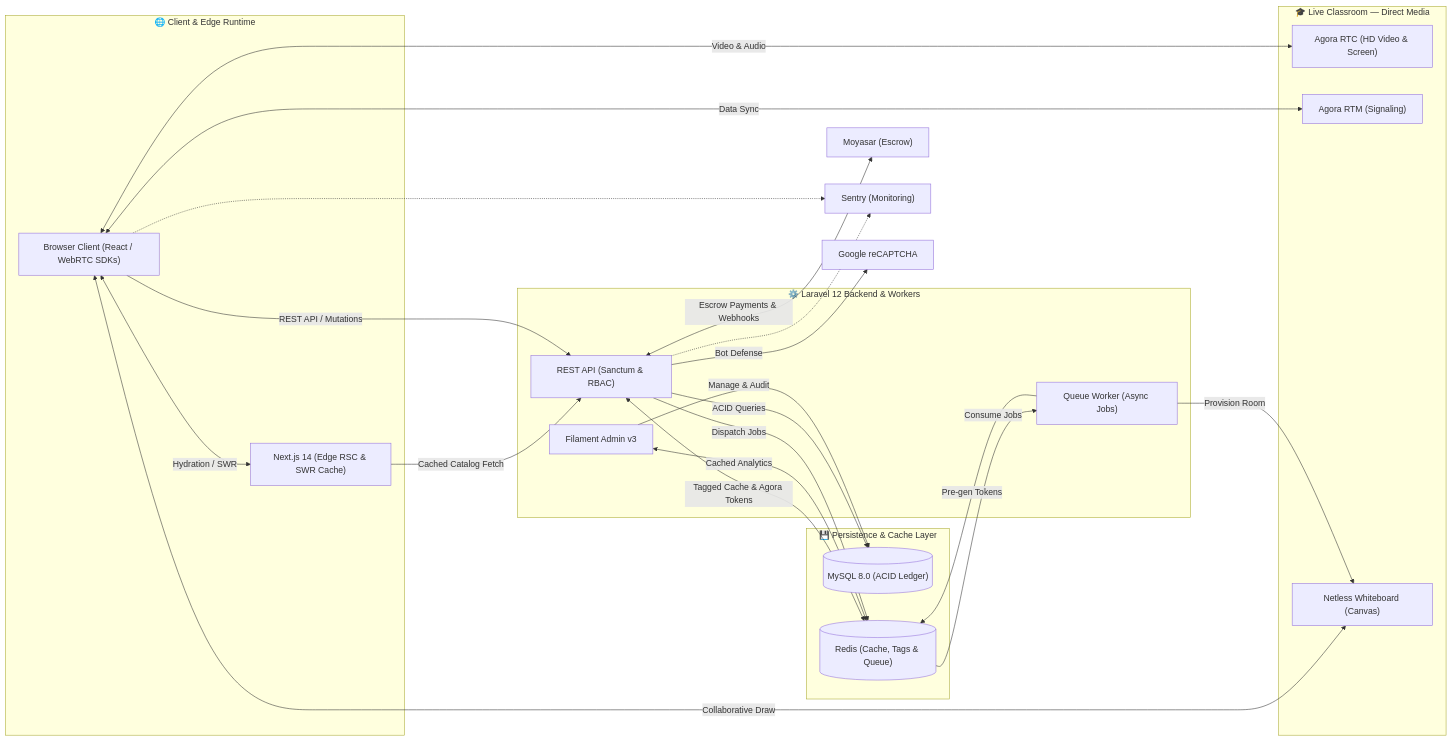
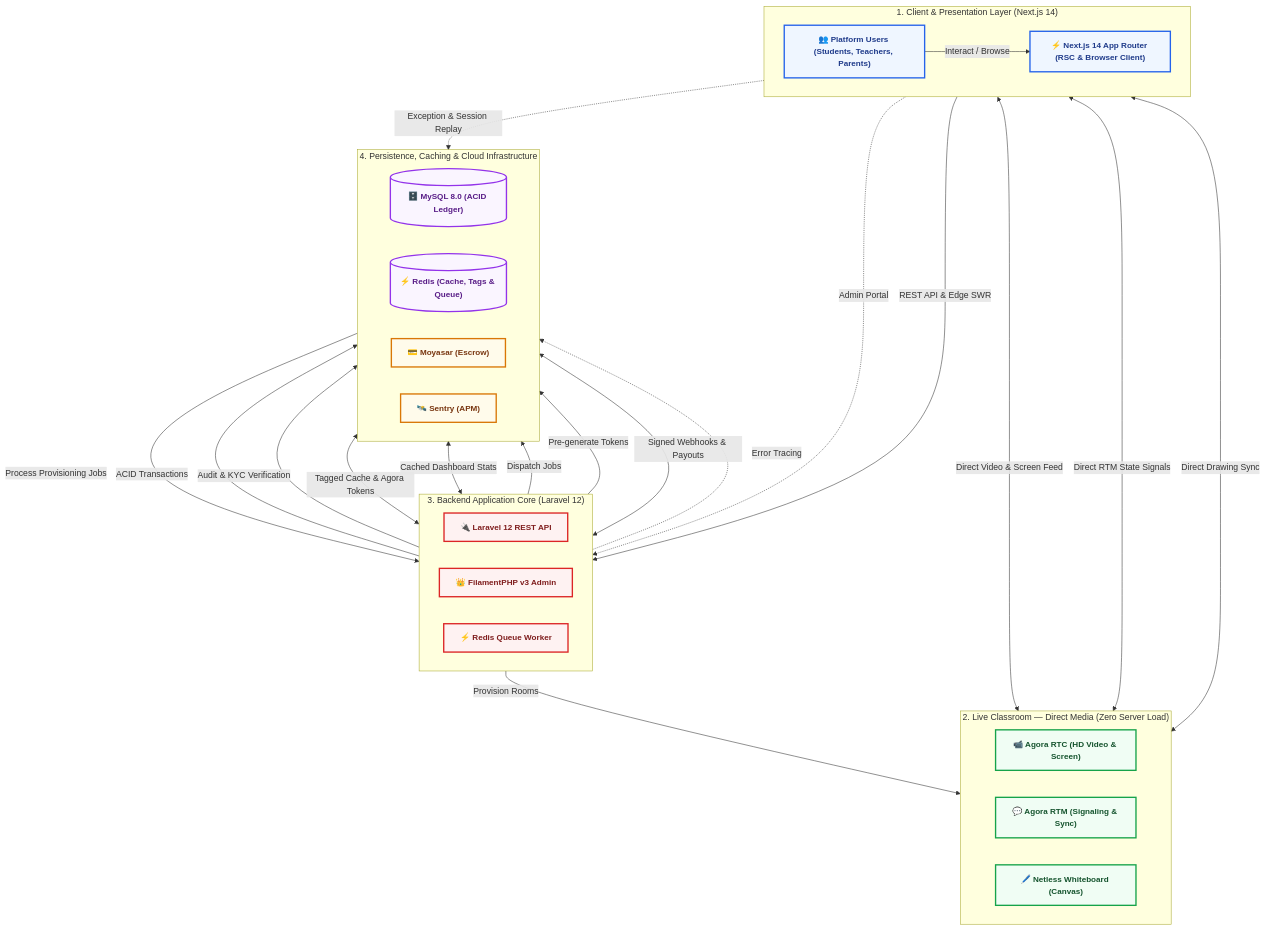
The diagram in README.md (Ammar-1993/Taj-Platform), drawn with Mermaid before and after one commit. The commit also changed other lines of this file, not shown here.

Commit message:
docs(architecture): improve diagram readability with high-contrast flowchart TD, custom classes and architecture key

````diff
--- a/README.md
+++ b/README.md
@@ -59,52 +58,71 @@
 ```mermaid
-graph LR
-    subgraph ClientLayer["🌐 Client & Edge Runtime"]
-        CLIENT["Browser Client (React / WebRTC SDKs)"]
-        SSR["Next.js 14 (Edge RSC & SWR Cache)"]
+flowchart TD
+    %% Custom Styling for High Contrast and Maximum Readability
+    classDef client fill:#EFF6FF,stroke:#2563EB,stroke-width:2.5px,color:#1E3A8A,font-size:15px,font-weight:bold;
+    classDef media fill:#F0FDF4,stroke:#16A34A,stroke-width:2.5px,color:#14532D,font-size:15px,font-weight:bold;
+    classDef backend fill:#FEF2F2,stroke:#DC2626,stroke-width:2.5px,color:#7F1D1D,font-size:15px,font-weight:bold;
+    classDef data fill:#FAF5FF,stroke:#9333EA,stroke-width:2.5px,color:#581C87,font-size:15px,font-weight:bold;
+    classDef cloud fill:#FFFBEB,stroke:#D97706,stroke-width:2.5px,color:#78350F,font-size:15px,font-weight:bold;
+
+    subgraph Tier1 ["1. Client & Presentation Layer (Next.js 14)"]
+        direction LR
+        USERS["👥 Platform Users (Students, Teachers, Parents)"]
+        FE["⚡ Next.js 14 App Router (RSC & Browser Client)"]
     end
 
-    subgraph Live["🎓 Live Classroom — Direct Media"]
-        RTC["Agora RTC (HD Video & Screen)"]
-        RTM["Agora RTM (Signaling)"]
-        WB["Netless Whiteboard (Canvas)"]
+    subgraph Tier2 ["2. Live Classroom — Direct Media (Zero Server Load)"]
+        direction LR
+        RTC["📹 Agora RTC (HD Video & Screen)"]
+        RTM["💬 Agora RTM (Signaling & Sync)"]
+        WB["🖊️ Netless Whiteboard (Canvas)"]
     end
 
-    subgraph BE["⚙️ Laravel 12 Backend & Workers"]
-        API["REST API (Sanctum & RBAC)"]
-        ADMIN["Filament Admin v3"]
-        QUEUE["Queue Worker (Async Jobs)"]
+    subgraph Tier3 ["3. Backend Application Core (Laravel 12)"]
+        direction LR
+        API["🔌 Laravel 12 REST API"]
+        ADMIN["👑 FilamentPHP v3 Admin"]
+        QUEUE["⚡ Redis Queue Worker"]
     end
 
-    subgraph Data["💾 Persistence & Cache Layer"]
-        DB[("MySQL 8.0 (ACID Ledger)")]
-        REDIS[("Redis (Cache, Tags & Queue)")]
+    subgraph Tier4 ["4. Persistence, Caching & Cloud Infrastructure"]
+        direction LR
+        DB[("🗄️ MySQL 8.0 (ACID Ledger)")]
+        REDIS[("⚡ Redis (Cache, Tags & Queue)")]
+        PAY["💳 Moyasar (Escrow)"]
+        MON["🛰️ Sentry (APM)"]
     end
 
-    PAY["Moyasar (Escrow)"]
-    MON["Sentry (Monitoring)"]
-    CAPTCHA["Google reCAPTCHA"]
+    %% User Interaction
+    USERS -->|Interact / Browse| FE
+    USERS -.->|Admin Portal| ADMIN
 
-    %% Client and Frontend Connections
-    CLIENT <-->|Hydration / SWR| SSR
-    SSR -->|Cached Catalog Fetch| API
-    CLIENT -->|REST API / Mutations| API
-    CLIENT <-->|Video & Audio| RTC
-    CLIENT <-->|Data Sync| RTM
-    CLIENT <-->|Collaborative Draw| WB
+    %% Direct Media Streams (Browser to Cloud)
+    FE <-->|Direct Video & Screen Feed| RTC
+    FE <-->|Direct RTM State Signals| RTM
+    FE <-->|Direct Drawing Sync| WB
 
-    %% Backend to Data & Infrastructure
-    API -->|ACID Queries| DB
-    ADMIN -->|Manage & Audit| DB
+    %% API Communication
+    FE -->|REST API & Edge SWR| API
+
+    %% Core Data & Caching Operations
+    API -->|ACID Transactions| DB
+    ADMIN -->|Audit & KYC Verification| DB
     API <-->|Tagged Cache & Agora Tokens| REDIS
-    ADMIN <-->|Cached Analytics| REDIS
+    ADMIN <-->|Cached Dashboard Stats| REDIS
     API -->|Dispatch Jobs| REDIS
-    REDIS -->|Consume Jobs| QUEUE
-    QUEUE -->|Pre-gen Tokens| REDIS
-    QUEUE -->|Provision Room| WB
+    REDIS -->|Process Provisioning Jobs| QUEUE
+    QUEUE -->|Pre-generate Tokens| REDIS
+    QUEUE -->|Provision Rooms| WB
 
-    %% Third-Party Services
-    API <-->|Escrow Payments & Webhooks| PAY
-    API -->|Bot Defense| CAPTCHA
-    API -.-> MON
-    CLIENT -.-> MON
+    %% Cloud Integrations
+    API <-->|Signed Webhooks & Payouts| PAY
+    API -.->|Error Tracing| MON
+    FE -.->|Exception & Session Replay| MON
+
+    %% Class Bindings
+    class USERS,FE client;
+    class RTC,RTM,WB media;
+    class API,ADMIN,QUEUE backend;
+    class DB,REDIS data;
+    class PAY,MON cloud;
 ```
````
